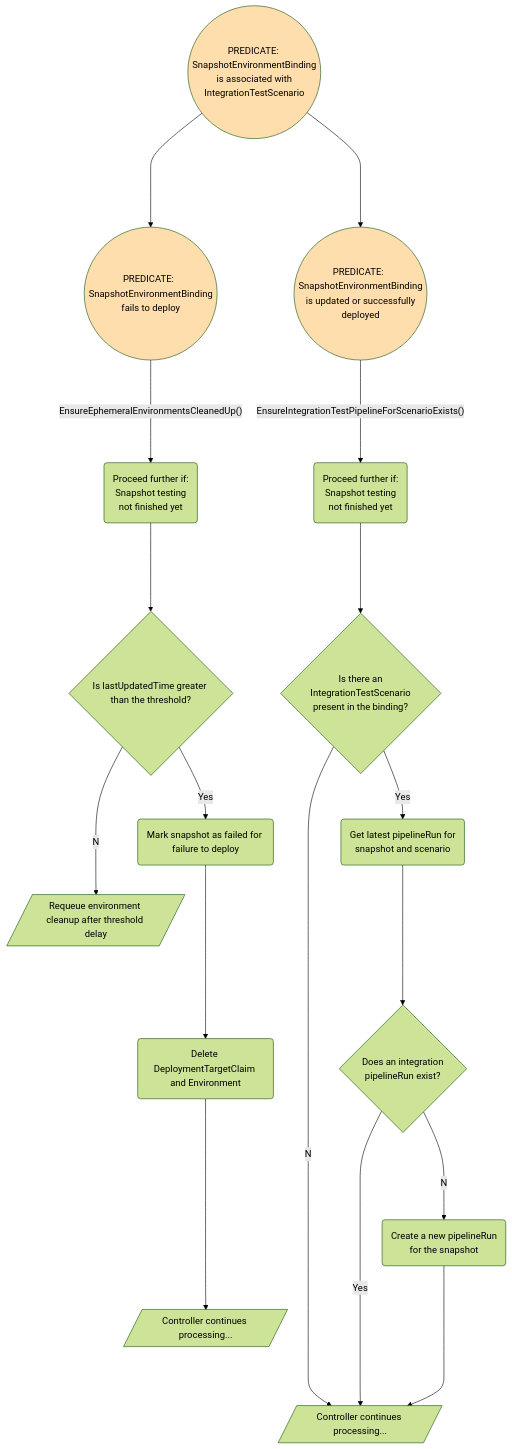
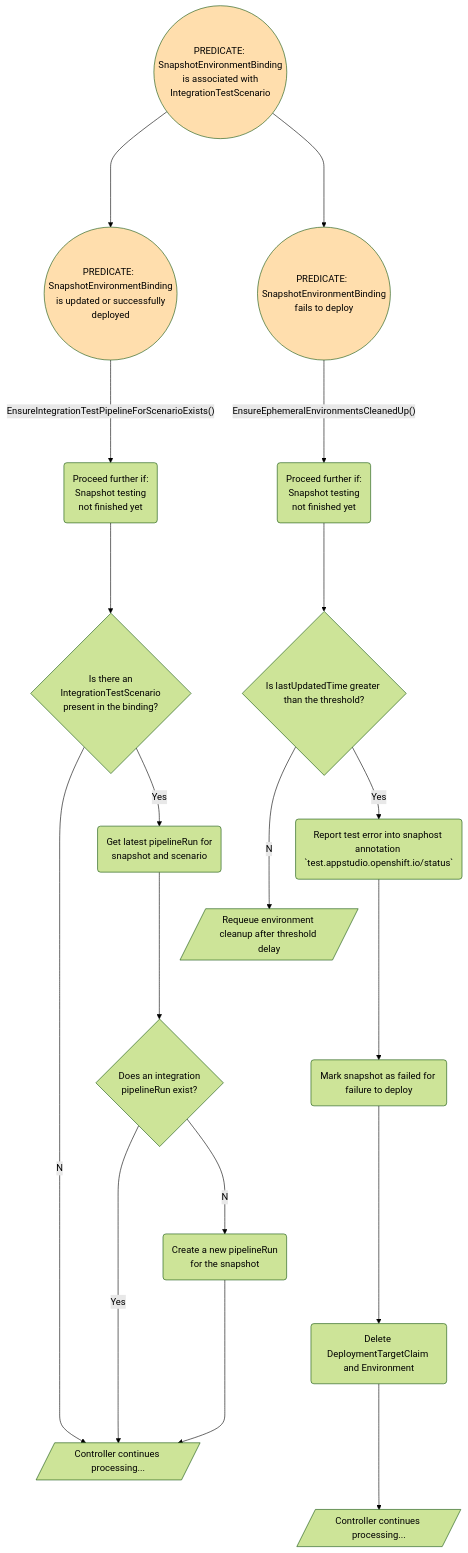
Before and after one commit to konflux-ci/integration-service: the diagram in docs/binding-controller.md, drawn with Mermaid. The commit also changed 12 other files, not shown here.

First line of the commit message:
feat(STONEINTG-523): report status of integration tests into snapshot

````diff
--- a/docs/binding-controller.md
+++ b/docs/binding-controller.md
@@ -1,58 +1,60 @@
 ```mermaid
 %%{init: {'theme':'forest'}}%%
 flowchart TD
   %% Defining the styles
     classDef Red fill:#FF9999;
     classDef Amber fill:#FFDEAD;
     classDef Green fill:#BDFFA4;
 
 predicate_integration_seb((PREDICATE: <br>SnapshotEnvironmentBinding<br>is associated with<br>IntegrationTestScenario))
 predicate_deploy_success((PREDICATE:  <br>SnapshotEnvironmentBinding<br>is updated or successfully<br>deployed))
 
 %%%%%%%%%%%%%%%%%%%%%%% Drawing EnsureIntegrationTestPipelineForScenarioExists() function
 
 %% Node definitions
 ensure1(Proceed further if:<br>Snapshot testing <br> not finished yet)
 isThereAnITS{"Is there an<br>IntegrationTestScenario<br>present in the binding?"}
 continueProcessing1[/Controller continues processing.../]
 getLatestPipelineRun("Get latest pipelineRun for<br>snapshot and scenario")
 isPipelineRunExisting{"Does an integration<br>pipelineRun exist?"}
 createNewPipelineRun("Create a new pipelineRun<br>for the snapshot")
 
 %% Node connections
 predicate_integration_seb  ---->       predicate_deploy_success
 predicate_deploy_success   ---->       |"EnsureIntegrationTestPipelineForScenarioExists()"|ensure1
 ensure1                    ---->       isThereAnITS
 isThereAnITS               --No-->     continueProcessing1
 isThereAnITS               --Yes-->    getLatestPipelineRun
 getLatestPipelineRun       ---->       isPipelineRunExisting
 isPipelineRunExisting      --Yes-->    continueProcessing1
 isPipelineRunExisting      --No-->     createNewPipelineRun
 createNewPipelineRun       ---->       continueProcessing1
 
 predicate_deploy_fail((PREDICATE:  <br>SnapshotEnvironmentBinding<br>fails to deploy))
 
 %%%%%%%%%%%%%%%%%%%%%%% Drawing EnsureEphemeralEnvironmentsCleanedUp() function
 
 %% Node definitions
 ensure2(Proceed further if:<br>Snapshot testing <br> not finished yet)
 isSnapshotOldEnough{"Is lastUpdatedTime greater than the threshold?"}
 requeue[/"Requeue environment cleanup after threshold delay"/]
+reportErrorToSnapshotTestStatus("Report test error into snaphost annotation `test.appstudio.openshift.io/status`")
 markSnapshot("Mark snapshot as failed for failure to deploy")
 cleanupDeploymentArtifacts("Delete DeploymentTargetClaim and Environment")
 continueProcessing2[/Controller continues processing.../]
 
 %% Node connections
-predicate_integration_seb    ---->       predicate_deploy_fail
-predicate_deploy_fail        ---->       |"EnsureEphemeralEnvironmentsCleanedUp()"|ensure2
-ensure2                      ---->       isSnapshotOldEnough
-isSnapshotOldEnough          --No-->     requeue 
-isSnapshotOldEnough          --Yes-->    markSnapshot
-markSnapshot                 ---->       cleanupDeploymentArtifacts
-cleanupDeploymentArtifacts   ---->       continueProcessing2
+predicate_integration_seb       ---->       predicate_deploy_fail
+predicate_deploy_fail           ---->       |"EnsureEphemeralEnvironmentsCleanedUp()"|ensure2
+ensure2                         ---->       isSnapshotOldEnough
+isSnapshotOldEnough             --No-->     requeue
+isSnapshotOldEnough             --Yes-->    reportErrorToSnapshotTestStatus
+reportErrorToSnapshotTestStatus ---->       markSnapshot
+markSnapshot                    ---->       cleanupDeploymentArtifacts
+cleanupDeploymentArtifacts      ---->       continueProcessing2
 
 %% Assigning styles to nodes
 class predicate_deploy_success Amber;
 class predicate_deploy_fail Amber;
 class predicate_integration_seb Amber;
 ```
````
